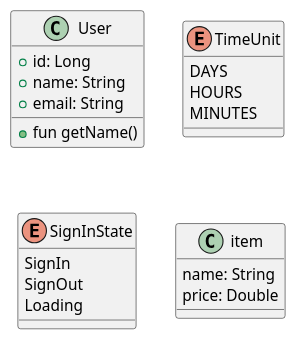
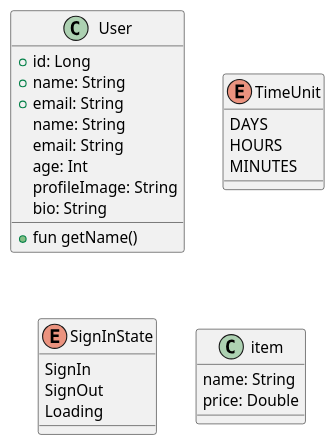
Before and after one commit to gangnam2-sesac-team3/collaborative-practice: the diagram in test.puml, drawn with PlantUML.

Commit message:
feat: User 클래스 작성

```diff
--- a/test.puml
+++ b/test.puml
@@ -1,27 +1,35 @@
 @startuml
 'https://plantuml.com/class-diagram
 
 class User {
     + id: Long
     + name: String
     + email: String
     + fun getName()
 }
 
 enum TimeUnit {
 DAYS
 HOURS
 MINUTES
 }
 
 enum SignInState {
     SignIn
     SignOut
     Loading
 }
 
 class item {
     name: String
     price: Double
 }
+
+class User {
+    name: String
+    email: String
+    age: Int
+    profileImage: String
+    bio: String
+}
 @enduml
```
